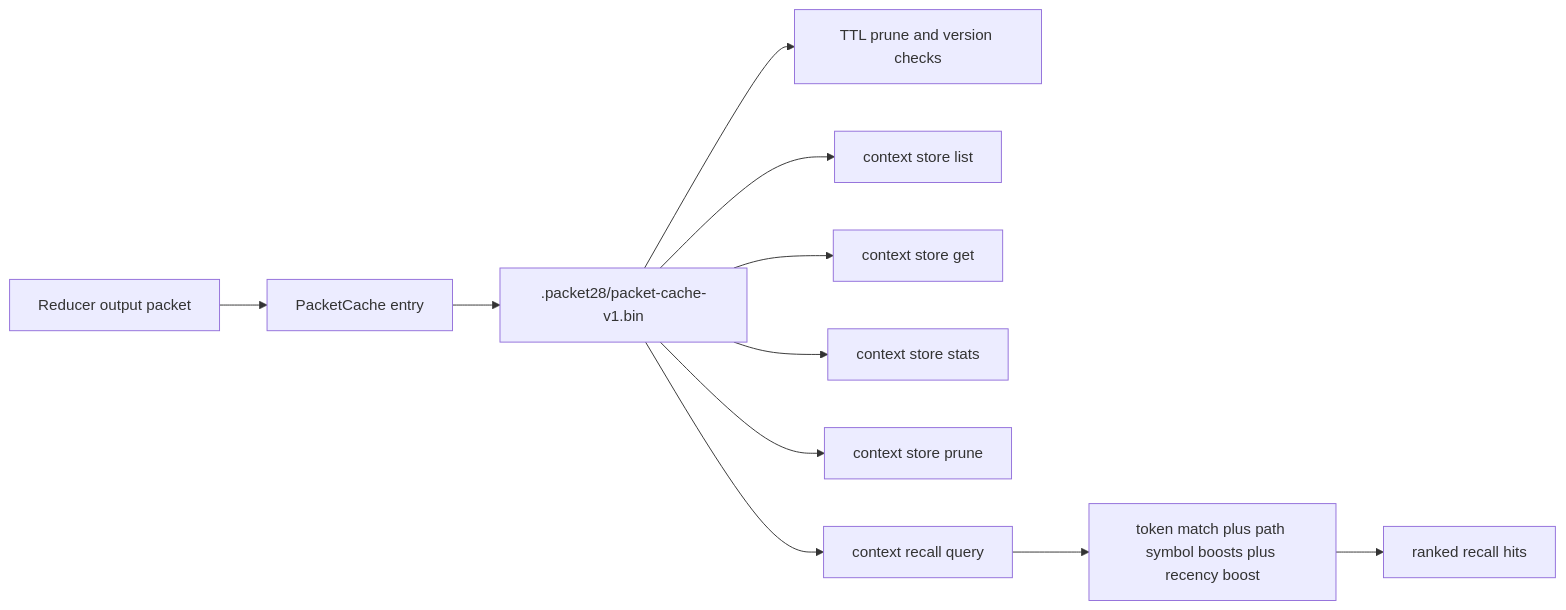
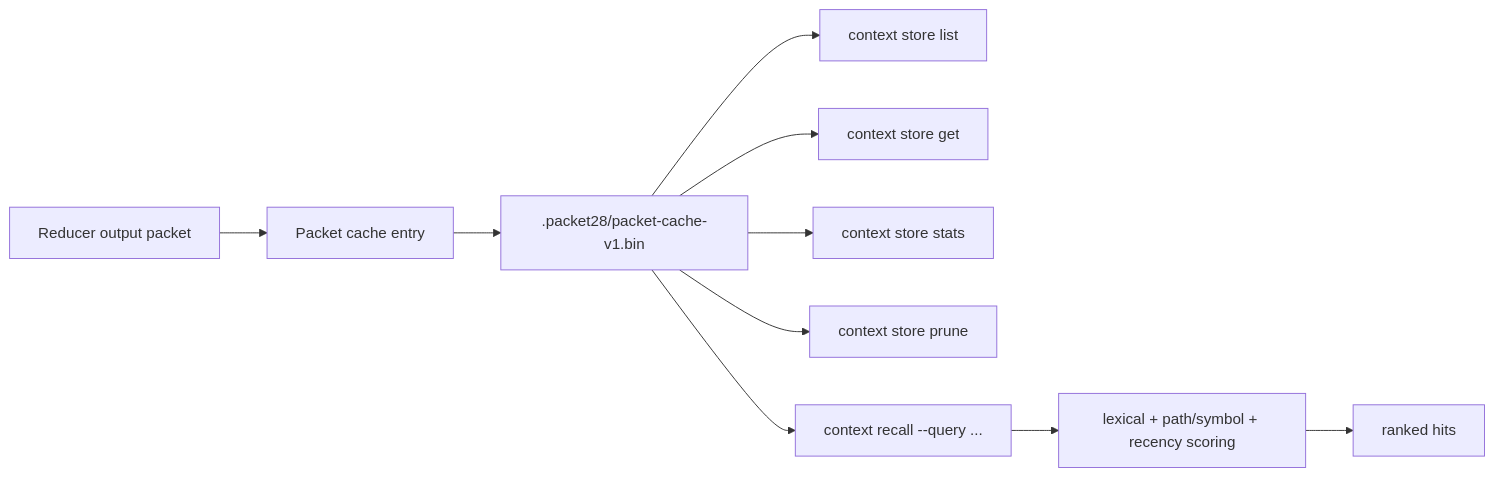
The third of 4 diagrams in README.md (usharma123/Packet28), drawn with Mermaid before and after one commit. The commit also changed other lines of this file, not shown here.

````diff
--- a/README.md
+++ b/README.md
@@ -122,15 +205,12 @@
 ```mermaid
 flowchart LR
-  Emit["Reducer output packet"] --> Cache["PacketCache entry"]
+  Out["Reducer output packet"] --> Cache["Packet cache entry"]
   Cache --> Disk[".packet28/packet-cache-v1.bin"]
-  Disk --> TTL["TTL prune and version checks"]
-
   Disk --> List["context store list"]
   Disk --> Get["context store get"]
   Disk --> Stats["context store stats"]
   Disk --> Prune["context store prune"]
-
-  Disk --> Recall["context recall query"]
-  Recall --> Rank["token match plus path symbol boosts plus recency boost"]
-  Rank --> Hits["ranked recall hits"]
+  Disk --> Recall["context recall --query ..."]
+  Recall --> Rank["lexical + path/symbol + recency scoring"]
+  Rank --> Hits["ranked hits"]
 ```
````
